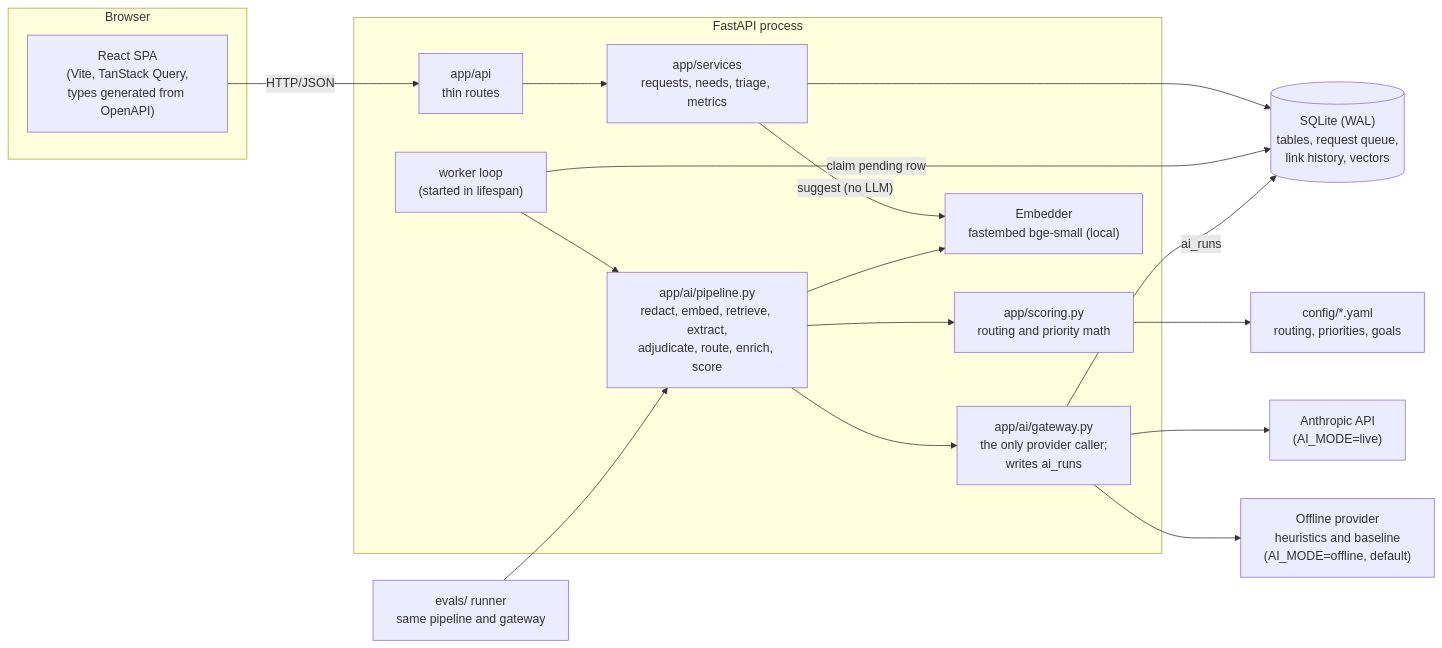
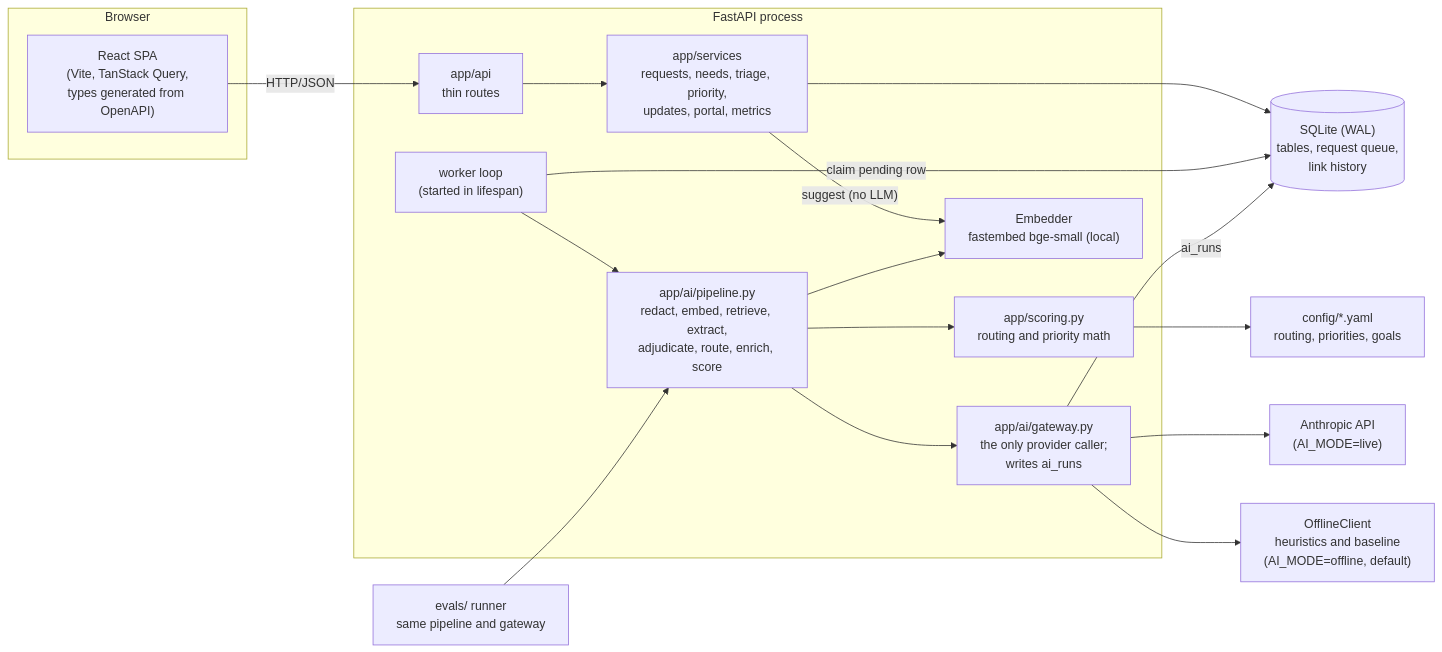
One commit to ROBERTG99/MetaCTO-Assignment changed the first of 3 diagrams in docs/architecture.md. Above: the diagram before and after it, drawn with Mermaid. The commit also changed other lines of this file and 19 other files, not shown here.

````diff
--- a/docs/architecture.md
+++ b/docs/architecture.md
@@ -7,33 +7,33 @@
 ```mermaid
 flowchart LR
   subgraph Browser
     SPA["React SPA<br/>(Vite, TanStack Query,<br/>types generated from OpenAPI)"]
   end
   subgraph API["FastAPI process"]
     Routes["app/api<br/>thin routes"]
-    Services["app/services<br/>requests, needs, triage, metrics"]
+    Services["app/services<br/>requests, needs, triage, priority,<br/>updates, portal, metrics"]
     Worker["worker loop<br/>(started in lifespan)"]
     Pipeline["app/ai/pipeline.py<br/>redact, embed, retrieve, extract,<br/>adjudicate, route, enrich, score"]
     Scoring["app/scoring.py<br/>routing and priority math"]
     Gateway["app/ai/gateway.py<br/>the only provider caller;<br/>writes ai_runs"]
     Embedder["Embedder<br/>fastembed bge-small (local)"]
   end
-  DB[("SQLite (WAL)<br/>tables, request queue,<br/>link history, vectors")]
+  DB[("SQLite (WAL)<br/>tables, request queue,<br/>link history")]
   Config["config/*.yaml<br/>routing, priorities, goals"]
   Anthropic["Anthropic API<br/>(AI_MODE=live)"]
-  Offline["Offline provider<br/>heuristics and baseline<br/>(AI_MODE=offline, default)"]
+  Offline["OfflineClient<br/>heuristics and baseline<br/>(AI_MODE=offline, default)"]
   Evals["evals/ runner<br/>same pipeline and gateway"]
 
   SPA -->|HTTP/JSON| Routes --> Services --> DB
   Services -->|"suggest (no LLM)"| Embedder
   Worker -->|claim pending row| DB
   Worker --> Pipeline
   Pipeline --> Embedder
   Pipeline --> Scoring
   Pipeline --> Gateway
   Scoring --> Config
   Gateway --> Anthropic
   Gateway --> Offline
   Gateway -->|ai_runs| DB
   Evals --> Pipeline
 ```
````
